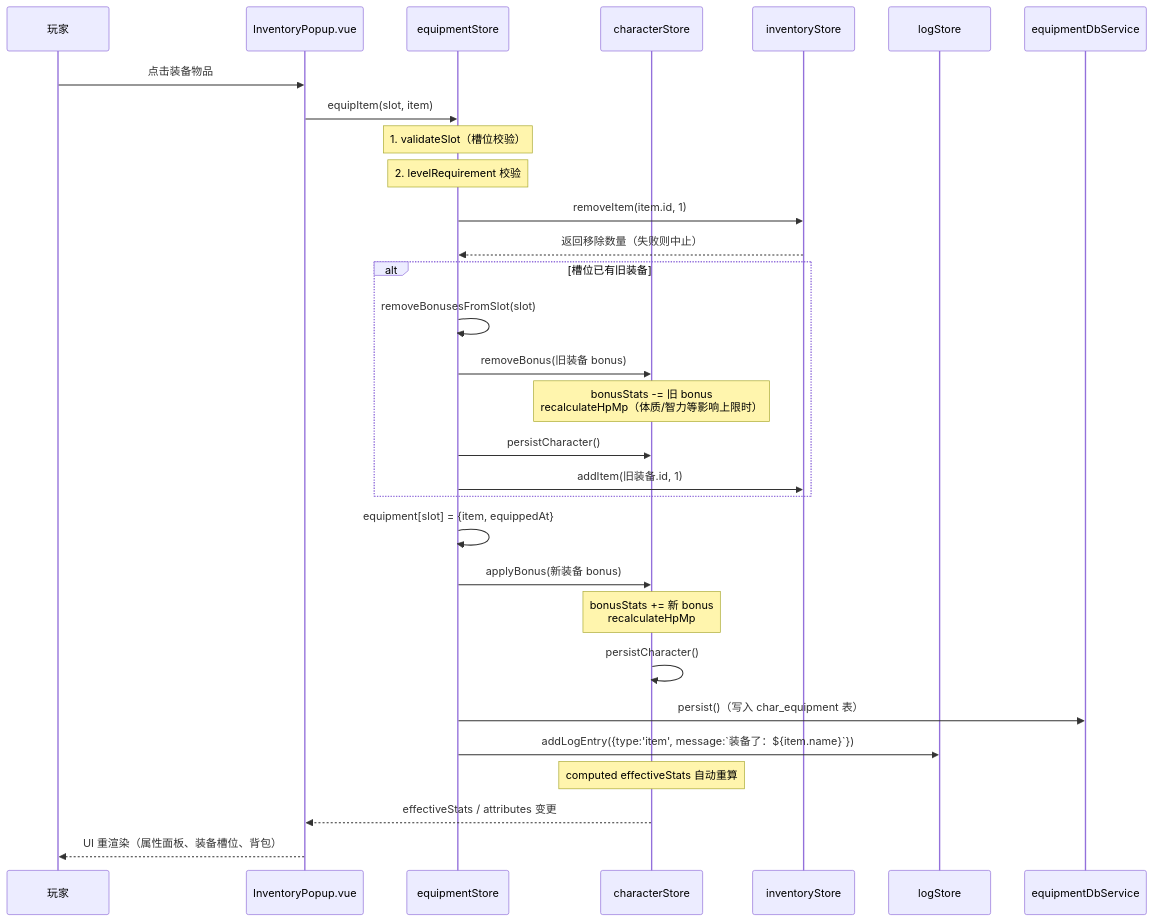
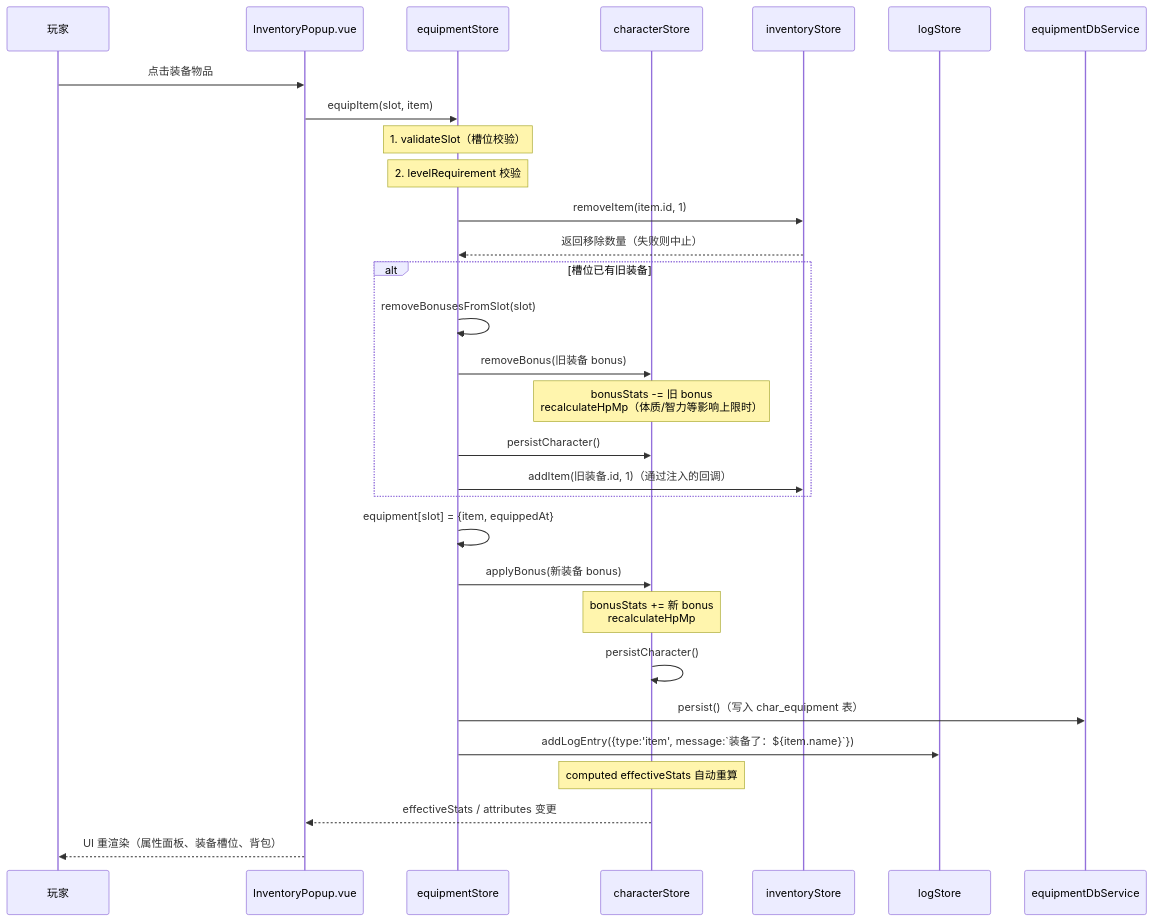
Before and after one commit to SonDemigods/wow_dnd: the fourth of 17 diagrams in doc/project/DATA_FLOW.md, drawn with Mermaid. The commit also changed other lines of this file and 4 other files, not shown here.

````diff
--- a/doc/project/DATA_FLOW.md
+++ b/doc/project/DATA_FLOW.md
@@ -235,39 +251,39 @@
 ```mermaid
 sequenceDiagram
     %% 装备穿戴流程：8 步原子操作
     participant U as 玩家
     participant V as InventoryPopup.vue
     participant EqS as equipmentStore
     participant CharS as characterStore
     participant InvS as inventoryStore
     participant LS as logStore
     participant DB as equipmentDbService
 
     U->>V: 点击装备物品
     V->>EqS: equipItem(slot, item)
     Note over EqS: 1. validateSlot（槽位校验）
     Note over EqS: 2. levelRequirement 校验
 
     EqS->>InvS: removeItem(item.id, 1)
     InvS-->>EqS: 返回移除数量（失败则中止）
 
     alt 槽位已有旧装备
         EqS->>EqS: removeBonusesFromSlot(slot)
         EqS->>CharS: removeBonus(旧装备 bonus)
         Note over CharS: bonusStats -= 旧 bonus<br/>recalculateHpMp（体质/智力等影响上限时）
         EqS->>CharS: persistCharacter()
-        EqS->>InvS: addItem(旧装备.id, 1)
+        EqS->>InvS: addItem(旧装备.id, 1)（通过注入的回调）
     end
 
     EqS->>EqS: equipment[slot] = {item, equippedAt}
     EqS->>CharS: applyBonus(新装备 bonus)
     Note over CharS: bonusStats += 新 bonus<br/>recalculateHpMp
     CharS->>CharS: persistCharacter()
 
     EqS->>DB: persist()（写入 char_equipment 表）
     EqS->>LS: addLogEntry({type:'item', message:`装备了：${item.name}`})
 
     Note over CharS: computed effectiveStats 自动重算
     CharS-->>V: effectiveStats / attributes 变更
     V-->>U: UI 重渲染（属性面板、装备槽位、背包）
 ```
````
